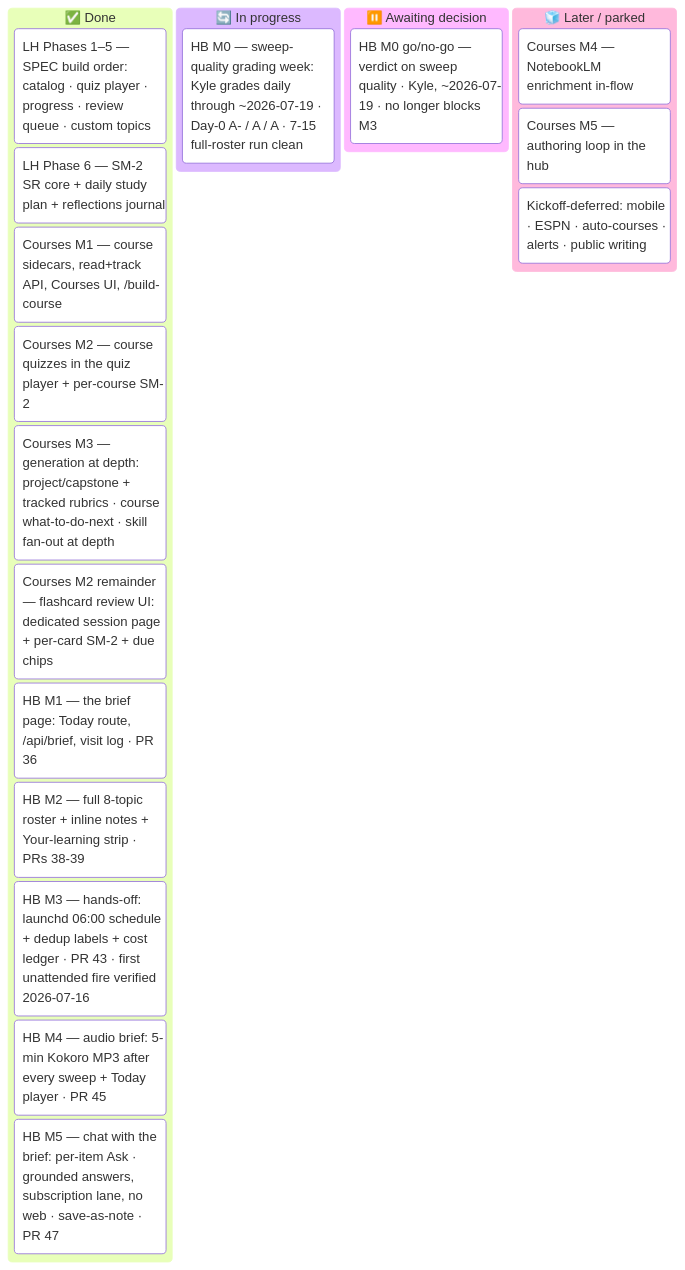
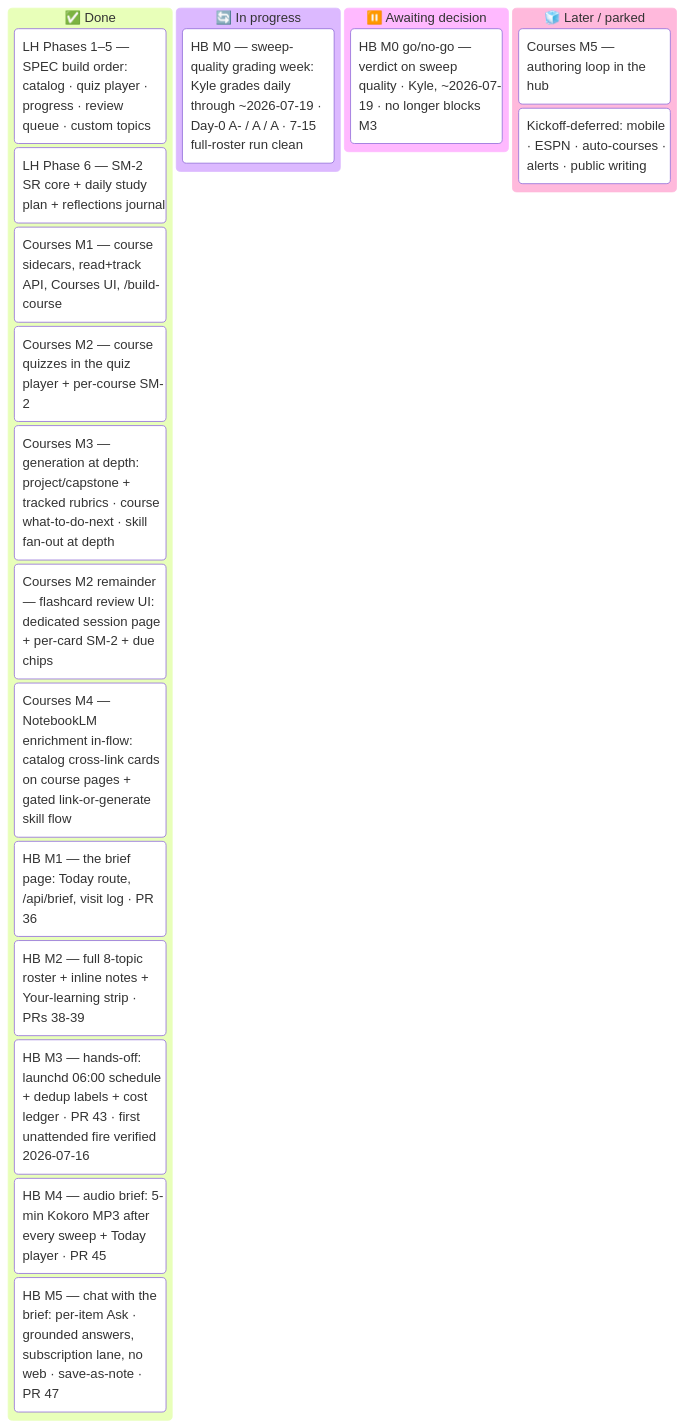
The diagram in docs/MASTER_PLAN.md (ksdisch/home-base), drawn with Mermaid before and after one commit. The commit also changed other lines of this file and 11 other files, not shown here.

````diff
--- a/docs/MASTER_PLAN.md
+++ b/docs/MASTER_PLAN.md
@@ -39,23 +39,23 @@
 ```mermaid
 kanban
   done["✅ Done"]
     lh15["LH Phases 1–5 — SPEC build order: catalog · quiz player · progress · review queue · custom topics"]
     lh6["LH Phase 6 — SM-2 SR core + daily study plan + reflections journal"]
     lh7["Courses M1 — course sidecars, read+track API, Courses UI, /build-course"]
     lh7m2["Courses M2 — course quizzes in the quiz player + per-course SM-2"]
     lh7m3["Courses M3 — generation at depth: project/capstone + tracked rubrics · course what-to-do-next · skill fan-out at depth"]
     lh7fc["Courses M2 remainder — flashcard review UI: dedicated session page + per-card SM-2 + due chips"]
+    lh7m4["Courses M4 — NotebookLM enrichment in-flow: catalog cross-link cards on course pages + gated link-or-generate skill flow"]
     hbm1["HB M1 — the brief page: Today route, /api/brief, visit log · PR 36"]
     hbm2["HB M2 — full 8-topic roster + inline notes + Your-learning strip · PRs 38-39"]
     hbm3["HB M3 — hands-off: launchd 06:00 schedule + dedup labels + cost ledger · PR 43 · first unattended fire verified 2026-07-16"]
     hbm4["HB M4 — audio brief: 5-min Kokoro MP3 after every sweep + Today player · PR 45"]
     hbm5["HB M5 — chat with the brief: per-item Ask · grounded answers, subscription lane, no web · save-as-note · PR 47"]
   doing["🔄 In progress"]
     hbm0["HB M0 — sweep-quality grading week: Kyle grades daily through ~2026-07-19 · Day-0 A- / A / A · 7-15 full-roster run clean"]
   decide["⏸️ Awaiting decision"]
     hbm0verdict["HB M0 go/no-go — verdict on sweep quality · Kyle, ~2026-07-19 · no longer blocks M3"]
   later["🧊 Later / parked"]
-    cm4["Courses M4 — NotebookLM enrichment in-flow"]
     cm5["Courses M5 — authoring loop in the hub"]
     defer["Kickoff-deferred: mobile · ESPN · auto-courses · alerts · public writing"]
 ```
````
